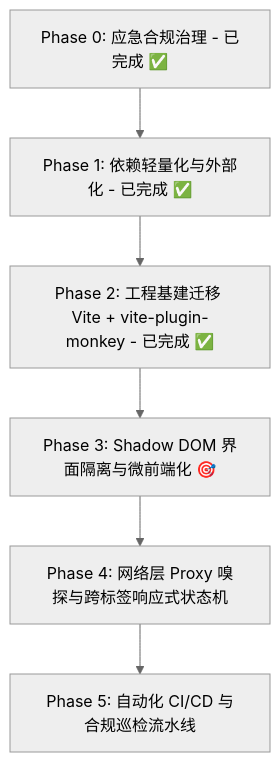
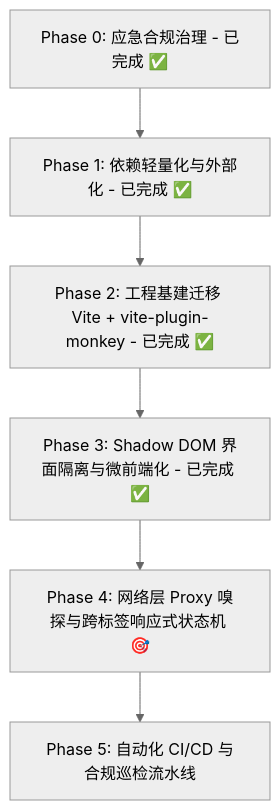
One commit to Chris-C1108/Miss_Player changed the diagram in TODO.md. Above: the diagram before and after it, drawn with Mermaid (neutral theme). The commit also changed other lines of this file and 16 other files, not shown here.

Commit message:
feat(ui): 完成 Phase 3 界面微前端化与 Shadow DOM 强隔离，接入 adoptedStyleSheets 根治宿主样式污染 (v5.6.20)

````diff
--- a/TODO.md
+++ b/TODO.md
@@ -9,8 +9,8 @@
 ```mermaid
 flowchart TD
     P0[Phase 0: 应急合规治理 - 已完成 ✅] --> P1[Phase 1: 依赖轻量化与外部化 - 已完成 ✅]
     P1 --> P2[Phase 2: 工程基建迁移 Vite + vite-plugin-monkey - 已完成 ✅]
-    P2 --> P3[Phase 3: Shadow DOM 界面隔离与微前端化 🎯]
-    P3 --> P4[Phase 4: 网络层 Proxy 嗅探与跨标签响应式状态机]
+    P2 --> P3[Phase 3: Shadow DOM 界面隔离与微前端化 - 已完成 ✅]
+    P3 --> P4[Phase 4: 网络层 Proxy 嗅探与跨标签响应式状态机 🎯]
     P4 --> P5[Phase 5: 自动化 CI/CD 与合规巡检流水线]
 ```
````
